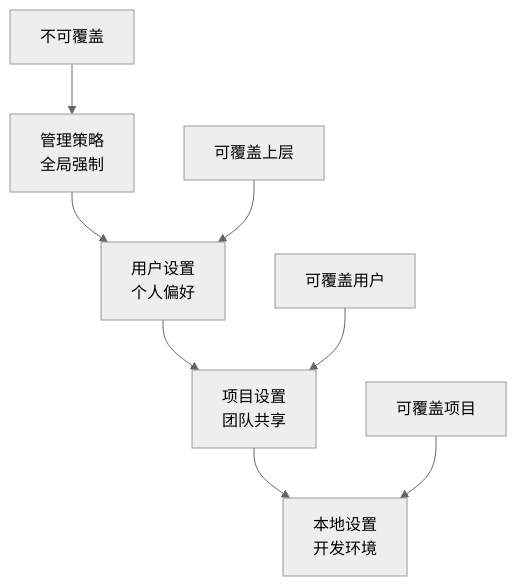
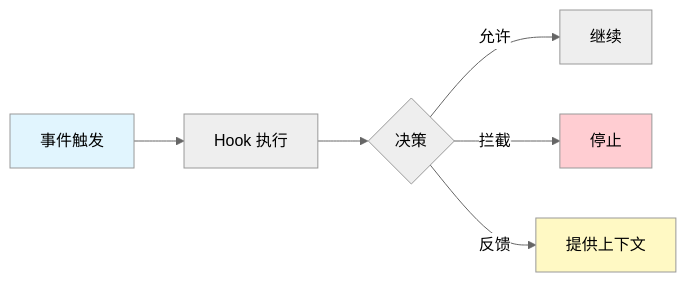
The diagram in 08-hooks/README.md (hellojoju/claude-code-lesson), drawn with Mermaid (neutral theme) before and after one commit. The commit also changed other lines of this file and 11 other files, not shown here.

````diff
--- a/08-hooks/README.md
+++ b/08-hooks/README.md
@@ -1547,11 +48,12 @@
 ```mermaid
-graph TD
-    A[管理策略<br/>全局强制] --> B[用户设置<br/>个人偏好]
-    B --> C[项目设置<br/>团队共享]
-    C --> D[本地设置<br/>开发环境]
+flowchart LR
+    A[事件触发] --> B[Hook 执行]
+    B --> C{决策}
+    C -->|允许| D[继续]
+    C -->|拦截| E[停止]
+    C -->|反馈| F[提供上下文]
     
-    E[不可覆盖] --> A
-    F[可覆盖上层] --> B
-    G[可覆盖用户] --> C
-    H[可覆盖项目] --> D
+    style A fill:#e1f5fe
+    style E fill:#ffcdd2
+    style F fill:#fff9c4
 ```
````
